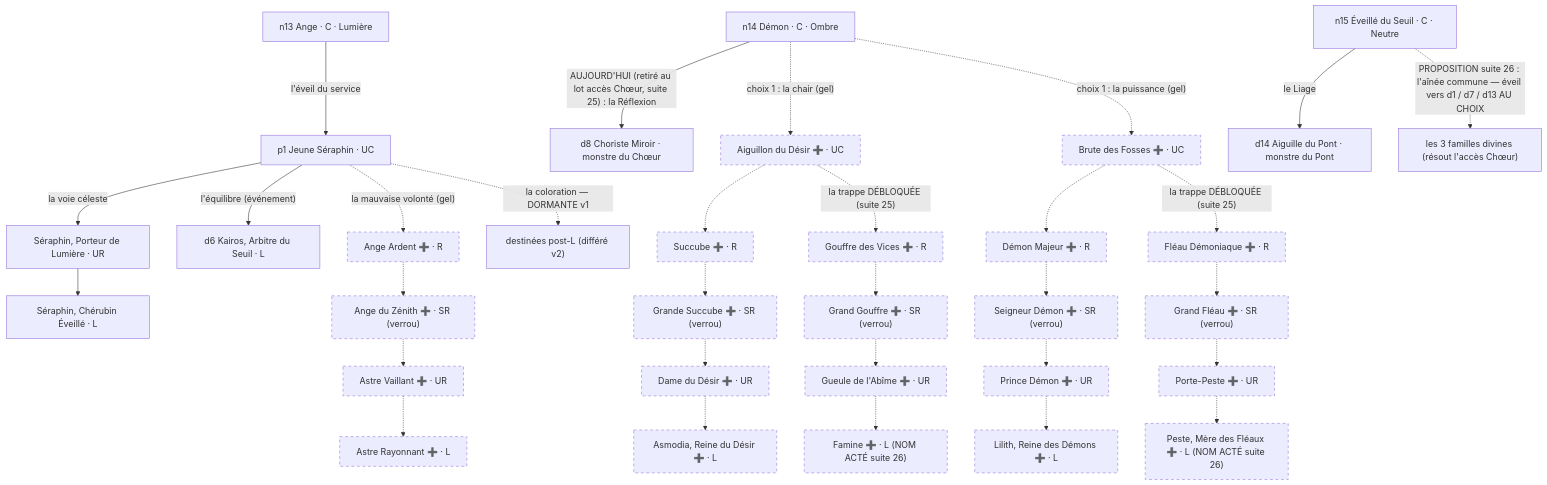
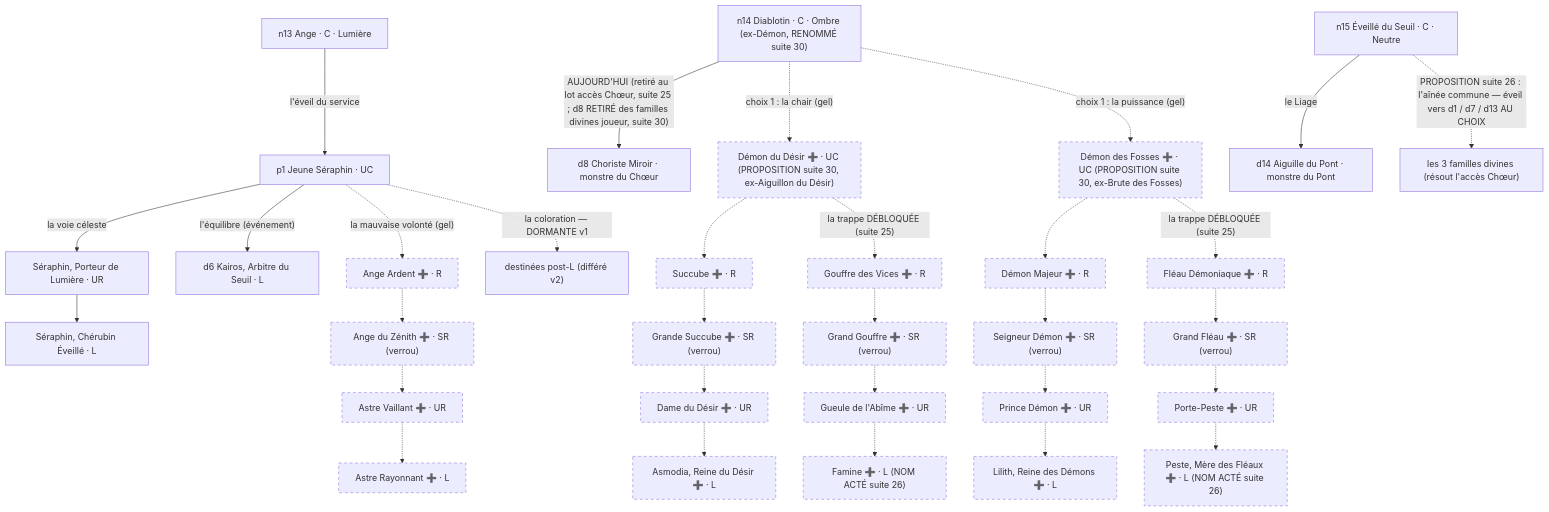
The sixth of 15 diagrams in docs/design/design-arbres-v18.md (mobize191/aicg-lignees), drawn with Mermaid before and after one commit. The commit also changed other lines of this file and 5 other files, not shown here.

````diff
--- a/docs/design/design-arbres-v18.md
+++ b/docs/design/design-arbres-v18.md
@@ -397,35 +416,35 @@
 ```mermaid
 flowchart TD
   N13["n13 Ange · C · Lumière"] -->|"l'éveil du service"| P1["p1 Jeune Séraphin · UC"]
   P1 -->|"la voie céleste"| P5["Séraphin, Porteur de Lumière · UR"]
   P5 --> P6["Séraphin, Chérubin Éveillé · L"]
   P1 -->|"l'équilibre (événement)"| D6["d6 Kairos, Arbitre du Seuil · L"]
   P1 -.->|"la mauvaise volonté (gel)"| AA1["Ange Ardent ➕ · R"]
   P1 -.->|"la coloration — DORMANTE v1"| X1["destinées post-L (différé v2)"]
   AA1 -.-> AA2["Ange du Zénith ➕ · SR (verrou)"]
   AA2 -.-> AA3["Astre Vaillant ➕ · UR"]
   AA3 -.-> AA4["Astre Rayonnant ➕ · L"]
-  N14["n14 Démon · C · Ombre"] -->|"AUJOURD'HUI (retiré au lot accès Chœur, suite 25) : la Réflexion"| D8["d8 Choriste Miroir · monstre du Chœur"]
-  N14 -.->|"choix 1 : la chair (gel)"| DA1["Aiguillon du Désir ➕ · UC"]
-  N14 -.->|"choix 1 : la puissance (gel)"| DB1["Brute des Fosses ➕ · UC"]
+  N14["n14 Diablotin · C · Ombre (ex-Démon, RENOMMÉ suite 30)"] -->|"AUJOURD'HUI (retiré au lot accès Chœur, suite 25 ; d8 RETIRÉ des familles divines joueur, suite 30)"| D8["d8 Choriste Miroir · monstre du Chœur"]
+  N14 -.->|"choix 1 : la chair (gel)"| DA1["Démon du Désir ➕ · UC (PROPOSITION suite 30, ex-Aiguillon du Désir)"]
+  N14 -.->|"choix 1 : la puissance (gel)"| DB1["Démon des Fosses ➕ · UC (PROPOSITION suite 30, ex-Brute des Fosses)"]
   DA1 -.-> DA2["Succube ➕ · R"]
   DA2 -.-> DA3["Grande Succube ➕ · SR (verrou)"]
   DA3 -.-> DA4["Dame du Désir ➕ · UR"]
   DA4 -.-> DA5["Asmodia, Reine du Désir ➕ · L"]
   DA1 -.->|"la trappe DÉBLOQUÉE (suite 25)"| DA6["Gouffre des Vices ➕ · R"]
   DA6 -.-> DA7["Grand Gouffre ➕ · SR (verrou)"]
   DA7 -.-> DA8["Gueule de l'Abîme ➕ · UR"]
   DA8 -.-> DA9["Famine ➕ · L (NOM ACTÉ suite 26)"]
   DB1 -.-> DB2["Démon Majeur ➕ · R"]
   DB2 -.-> DB3["Seigneur Démon ➕ · SR (verrou)"]
   DB3 -.-> DB4["Prince Démon ➕ · UR"]
   DB4 -.-> DB5["Lilith, Reine des Démons ➕ · L"]
   DB1 -.->|"la trappe DÉBLOQUÉE (suite 25)"| DB6["Fléau Démoniaque ➕ · R"]
   DB6 -.-> DB7["Grand Fléau ➕ · SR (verrou)"]
   DB7 -.-> DB8["Porte-Peste ➕ · UR"]
   DB8 -.-> DB9["Peste, Mère des Fléaux ➕ · L (NOM ACTÉ suite 26)"]
   N15["n15 Éveillé du Seuil · C · Neutre"] -->|"le Liage"| D14["d14 Aiguille du Pont · monstre du Pont"]
   N15 -.->|"PROPOSITION suite 26 : l'aînée commune — éveil vers d1 / d7 / d13 AU CHOIX"| X2["les 3 familles divines (résout l'accès Chœur)"]
   classDef gel stroke-dasharray: 5 5;
   class AA1,AA2,AA3,AA4,DA1,DA2,DA3,DA4,DA5,DA6,DA7,DA8,DA9,DB1,DB2,DB3,DB4,DB5,DB6,DB7,DB8,DB9 gel;
 ```
````
